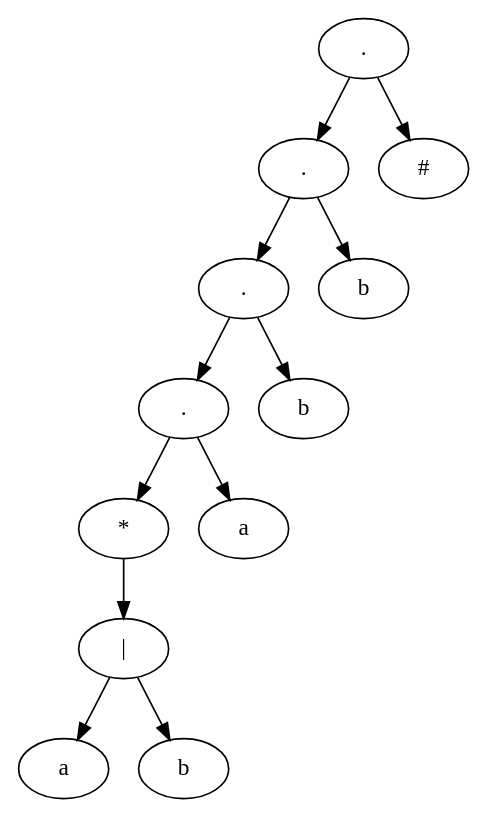
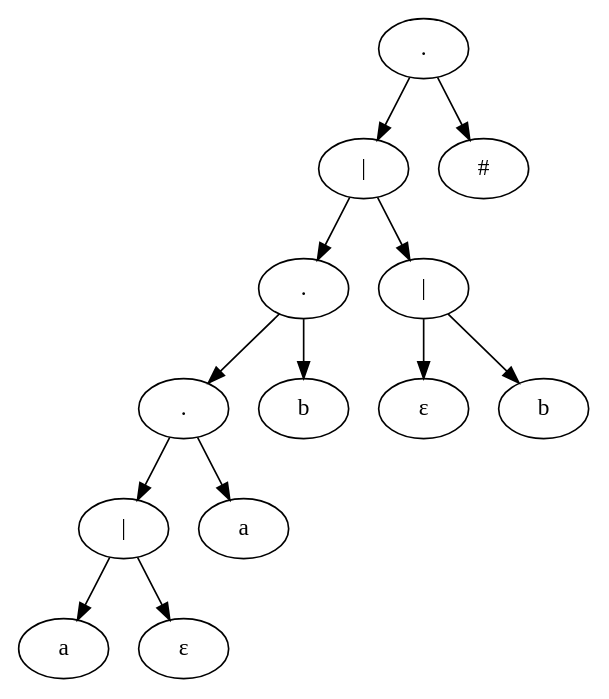
Before and after one commit to anthony-sv/Regex2DFA: the diagram in tree.gv, drawn with Graphviz. The commit also changed 7 other files, not shown here.

```diff
--- a/tree.gv
+++ b/tree.gv
@@ -1,25 +1,27 @@
 digraph G {
 	2 -> 0
 	2 -> 1
-	3 -> 2
-	5 -> 3
-	5 -> 4
-	7 -> 5
-	7 -> 6
+	4 -> 2
+	4 -> 3
+	6 -> 4
+	6 -> 5
 	9 -> 7
 	9 -> 8
-	11 -> 9
-	11 -> 10
+	10 -> 6
+	10 -> 9
+	12 -> 10
+	12 -> 11
 	0 [label="a"]
-	1 [label="b"]
+	1 [label="ε"]
 	2 [label="|"]
-	3 [label="*"]
-	4 [label="a"]
-	5 [label="."]
-	6 [label="b"]
-	7 [label="."]
+	3 [label="a"]
+	4 [label="."]
+	5 [label="b"]
+	6 [label="."]
+	7 [label="ε"]
 	8 [label="b"]
-	9 [label="."]
-	10 [label="#"]
-	11 [label="."]
+	9 [label="|"]
+	10 [label="|"]
+	11 [label="#"]
+	12 [label="."]
 }
```
